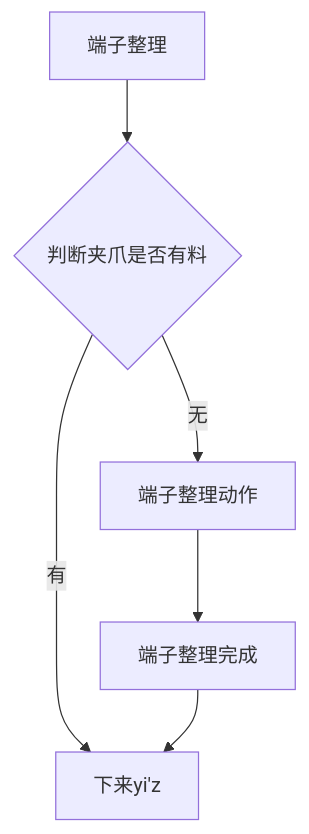
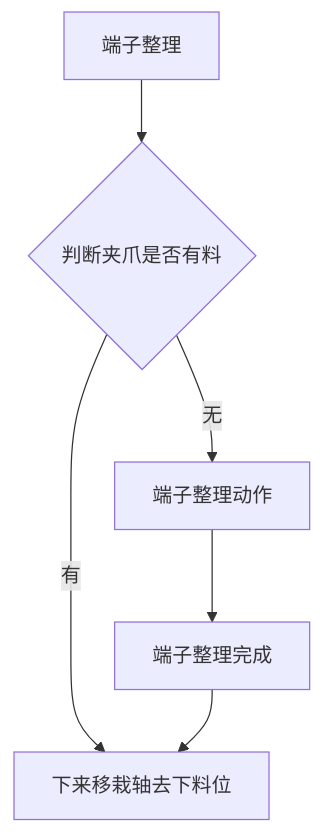
One commit to zmq000/iodraw-files changed the diagram in all/VR-OP90端子整理1.md. Above: the diagram before and after it, drawn with Mermaid.

Commit message:
2026-06-18 16:02:00 update

````diff
--- a/all/VR-OP90端子整理1.md
+++ b/all/VR-OP90端子整理1.md
@@ -1,9 +1,9 @@
 ```mermaid
 graph TD
 0[端子整理]-->10
 10{判断夹爪是否有料}-->|无|20
 10-->|有|100
 20[端子整理动作]-->30
 30[端子整理完成]-->100
-100[下来yi'z]
+100[下来移栽轴去下料位]
 ```
````
